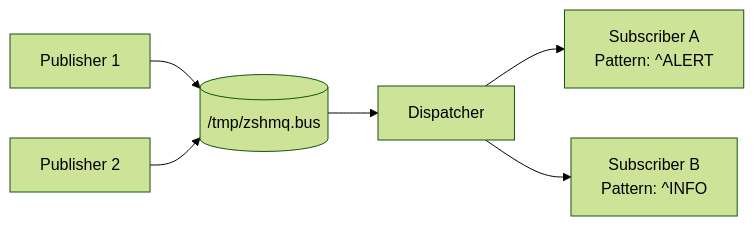
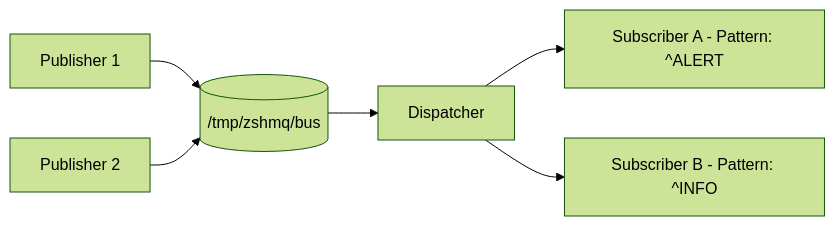
The diagram in README.md (mparkachov/zshmq), drawn with Mermaid (forest theme) before and after one commit. The commit also changed other lines of this file and 2 other files, not shown here.

````diff
--- a/README.md
+++ b/README.md
@@ -46,8 +46,8 @@
 ```mermaid
 graph LR
-    P1[Publisher 1] --> B[( /tmp/zshmq.bus )]
+    P1[Publisher 1] --> B[( /tmp/zshmq/bus )]
     P2[Publisher 2] --> B
     B --> D[Dispatcher]
-    D --> S1[Subscriber A\nPattern: ^ALERT]
-    D --> S2[Subscriber B\nPattern: ^INFO]
+    D --> S1[Subscriber A - Pattern: ^ALERT]
+    D --> S2[Subscriber B - Pattern: ^INFO]
 ```
````
